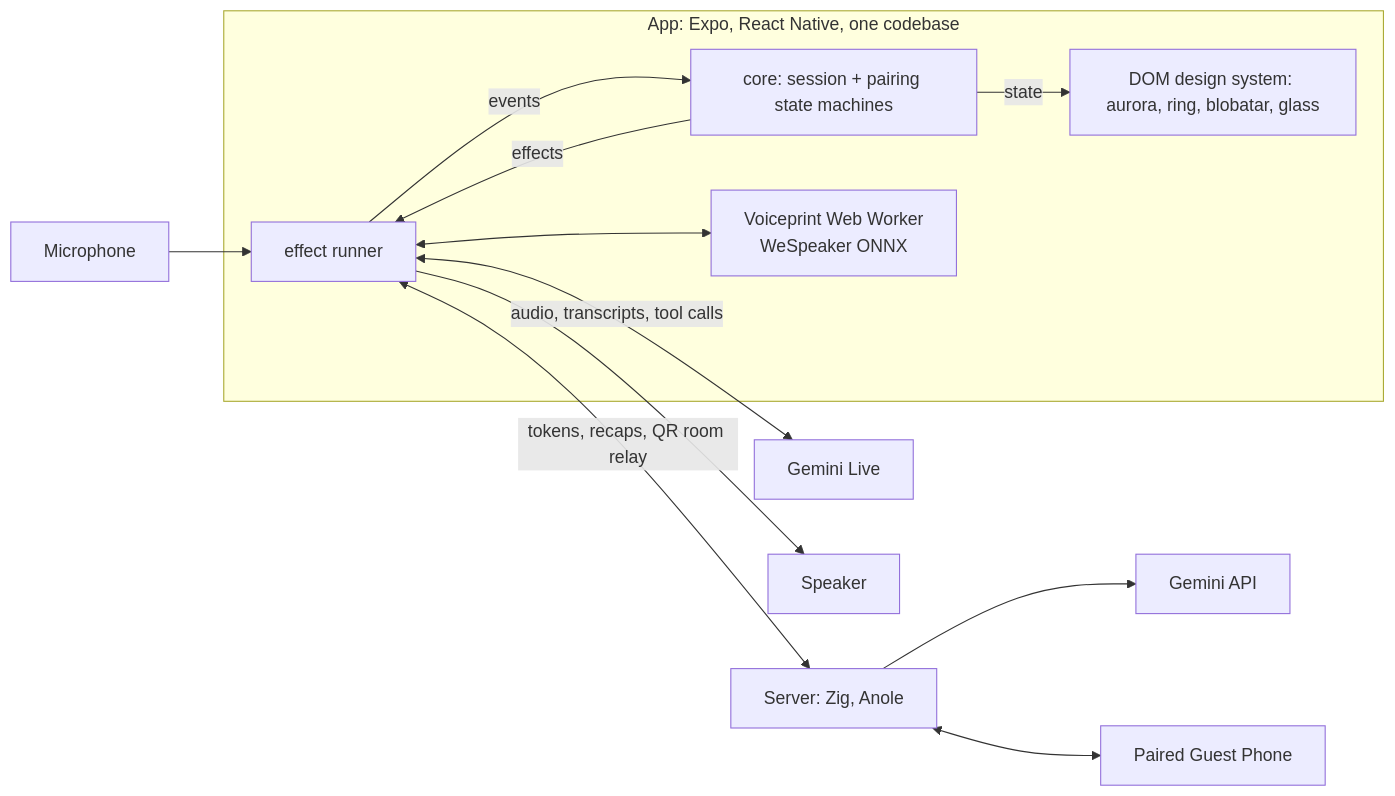
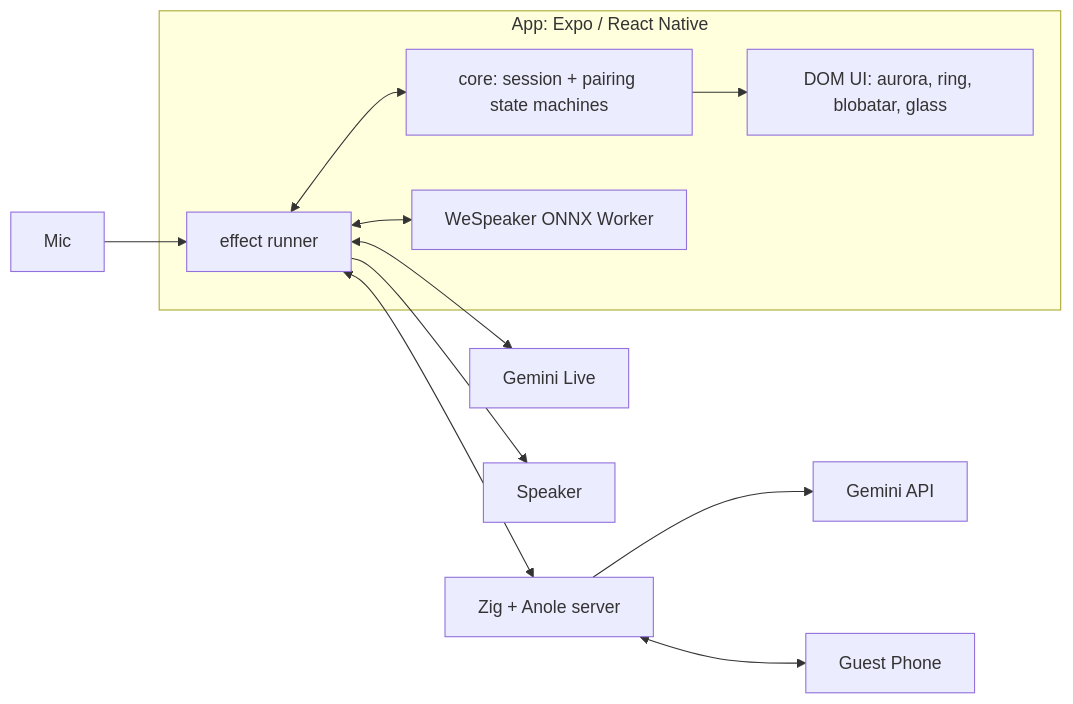
One commit to xuckless/vorp changed the diagram in README.md. Above: the diagram before and after it, drawn with Mermaid. The commit also changed other lines of this file, not shown here.

````diff
--- a/README.md
+++ b/README.md
@@ -97,19 +58,18 @@
 ```mermaid
 flowchart LR
-  mic[Microphone] --> runner
-  subgraph app[App: Expo, React Native, one codebase]
-    reducer["core: session + pairing state machines"]
+  mic[Mic] --> runner
+  subgraph app[App: Expo / React Native]
+    core["core: session + pairing state machines"]
     runner[effect runner]
-    worker[Voiceprint Web Worker<br/>WeSpeaker ONNX]
-    ui[DOM design system: aurora, ring, blobatar, glass]
-    runner -- events --> reducer
-    reducer -- effects --> runner
-    runner <--> worker
-    reducer -- state --> ui
+    vp[WeSpeaker ONNX Worker]
+    ui[DOM UI: aurora, ring, blobatar, glass]
+    runner <--> core
+    runner <--> vp
+    core --> ui
   end
-  runner <-- audio, transcripts, tool calls --> live[Gemini Live]
-  runner --> speaker[Speaker]
-  runner <-- tokens, recaps, QR room relay --> server[Server: Zig, Anole]
+  runner <--> live[Gemini Live]
+  runner --> spk[Speaker]
+  runner <--> server[Zig + Anole server]
   server --> gemini[Gemini API]
-  server <--> guest[Paired Guest Phone]
+  server <--> guest[Guest Phone]
 ```
````
